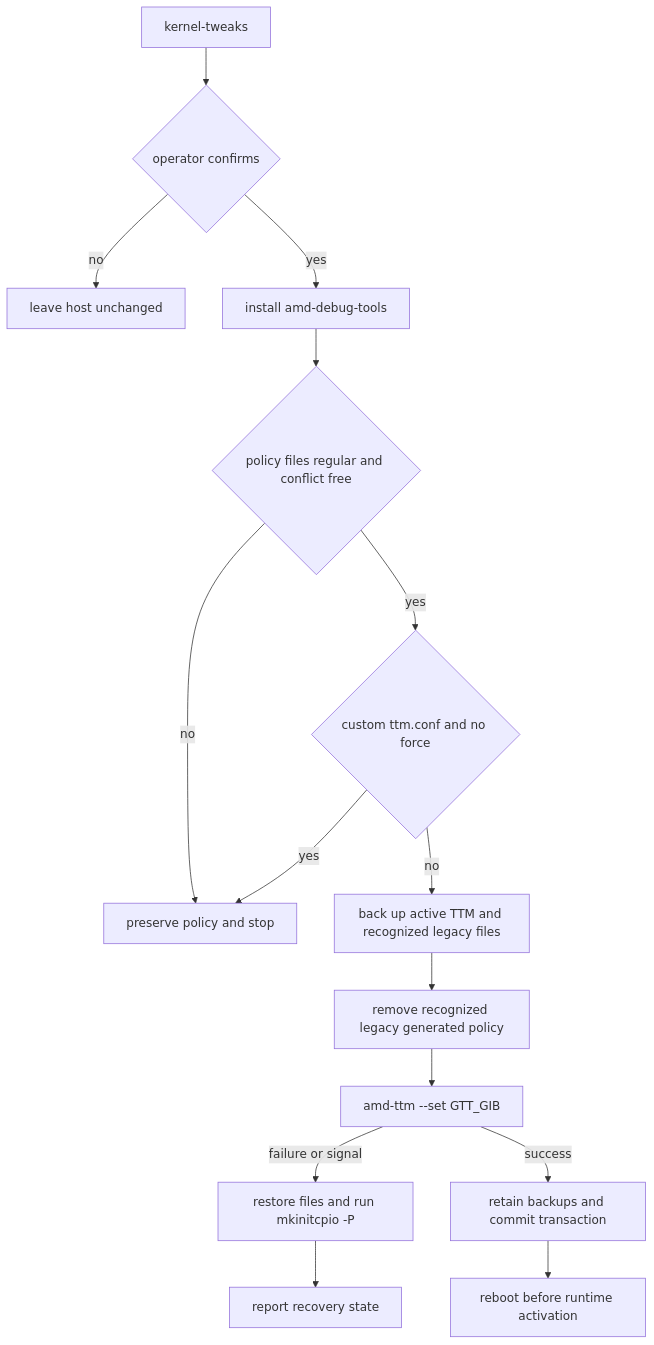
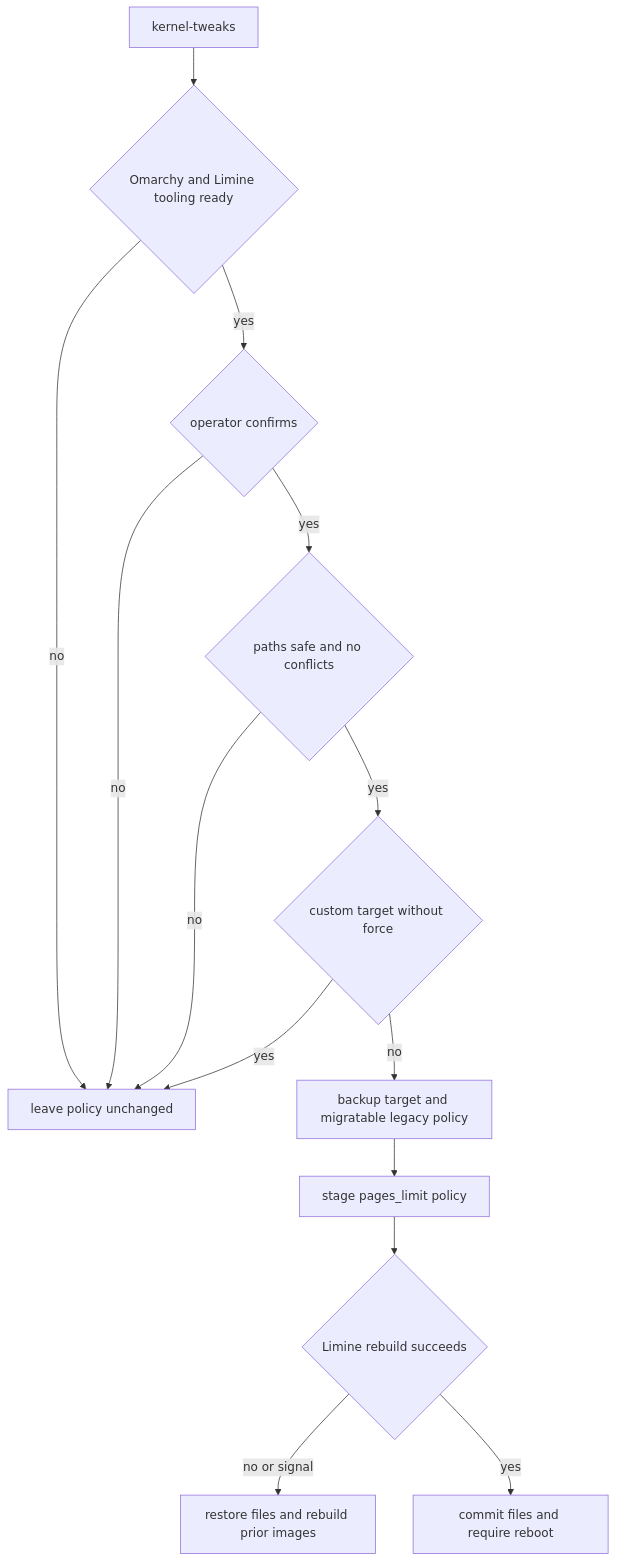
Before and after one commit to johnymontana/local-ai-setup: the first of 2 diagrams in openwiki/operations/system-and-lan-security.md, drawn with Mermaid. The commit also changed other lines of this file and 23 other files, not shown here.

````diff
--- a/openwiki/operations/system-and-lan-security.md
+++ b/openwiki/operations/system-and-lan-security.md
@@ -54,17 +60,16 @@
 ```mermaid
 flowchart TD
-  Start["kernel-tweaks"] --> Confirm{"operator confirms"}
-  Confirm -->|"no"| Skip["leave host unchanged"]
-  Confirm -->|"yes"| Package["install amd-debug-tools"]
-  Package --> Inspect{"policy files regular and conflict free"}
-  Inspect -->|"no"| Refuse["preserve policy and stop"]
-  Inspect -->|"yes"| Custom{"custom ttm.conf and no force"}
-  Custom -->|"yes"| Refuse
-  Custom -->|"no"| Backup["back up active TTM and recognized legacy files"]
-  Backup --> Migrate["remove recognized legacy generated policy"]
-  Migrate --> Apply["amd-ttm --set GTT_GIB"]
-  Apply -->|"failure or signal"| Rollback["restore files and run mkinitcpio -P"]
-  Apply -->|"success"| Commit["retain backups and commit transaction"]
-  Commit --> Reboot["reboot before runtime activation"]
-  Rollback --> Stop["report recovery state"]
+  Start["kernel-tweaks"] --> Host{"Omarchy and Limine tooling ready"}
+  Host -->|"no"| Stop["leave policy unchanged"]
+  Host -->|"yes"| Confirm{"operator confirms"}
+  Confirm -->|"no"| Stop
+  Confirm -->|"yes"| Inspect{"paths safe and no conflicts"}
+  Inspect -->|"no"| Stop
+  Inspect -->|"yes"| Custom{"custom target without force"}
+  Custom -->|"yes"| Stop
+  Custom -->|"no"| Backup["backup target and migratable legacy policy"]
+  Backup --> Stage["stage pages_limit policy"]
+  Stage --> Rebuild{"Limine rebuild succeeds"}
+  Rebuild -->|"no or signal"| Restore["restore files and rebuild prior images"]
+  Rebuild -->|"yes"| Commit["commit files and require reboot"]
 ```
````
